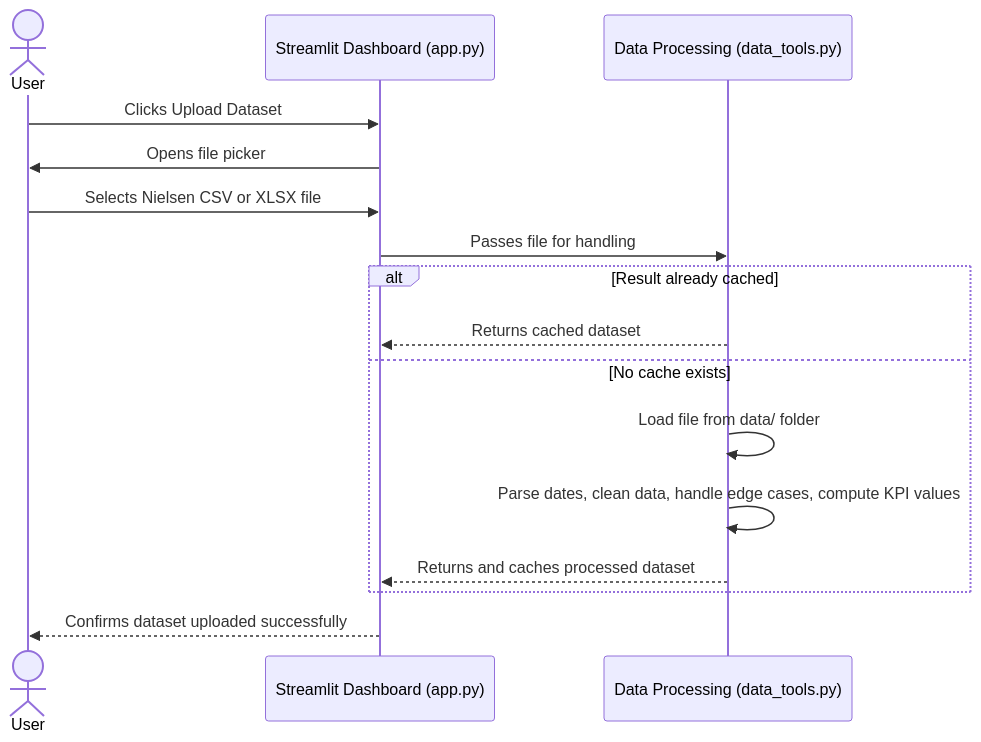
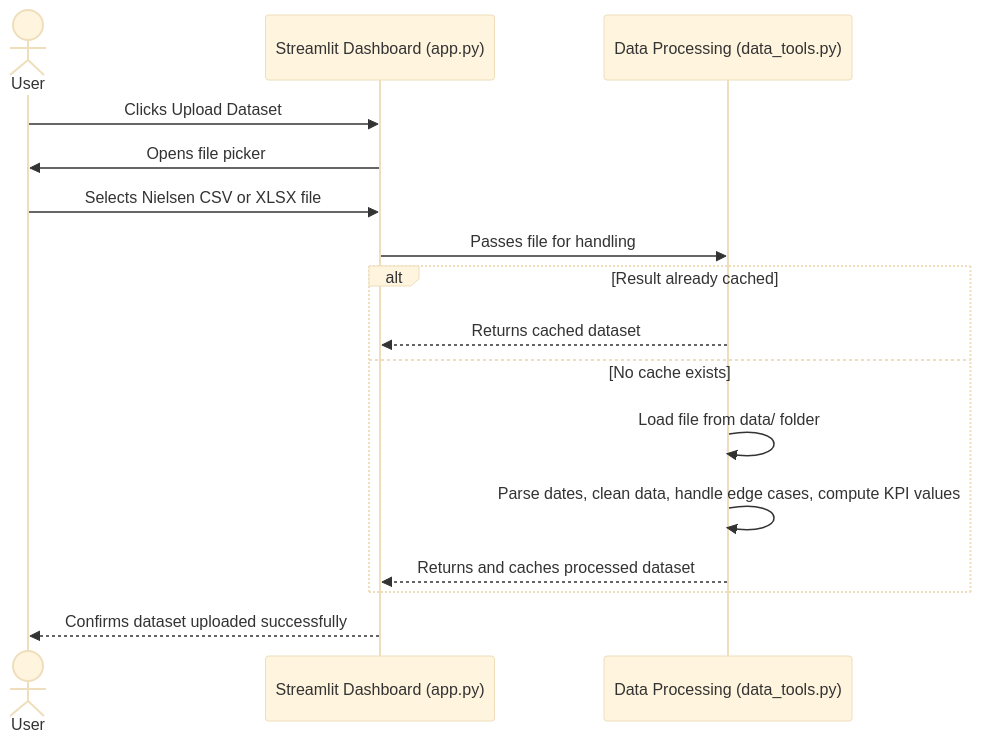
Before and after one commit to tt1m/baseline-sales-modelling-report: the first of 4 diagrams in docs/system-design.md, drawn with Mermaid. The commit also changed other lines of this file, not shown here.

````diff
--- a/docs/system-design.md
+++ b/docs/system-design.md
@@ -69,19 +78,21 @@
 ```mermaid
+%%{init: {'theme': 'base', 'themeVariables': {'fontSize': '18px', 'nodePadding': 20, 'spacing': 50}}}%%
+
 sequenceDiagram
     actor User
     participant Dashboard as Streamlit Dashboard (app.py)
     participant DataTools as Data Processing (data_tools.py)
 
     User->>Dashboard: Clicks Upload Dataset
     Dashboard->>User: Opens file picker
     User->>Dashboard: Selects Nielsen CSV or XLSX file
     Dashboard->>DataTools: Passes file for handling
     alt Result already cached
         DataTools-->>Dashboard: Returns cached dataset
     else No cache exists
         DataTools->>DataTools: Load file from data/ folder
         DataTools->>DataTools: Parse dates, clean data, handle edge cases, compute KPI values
         DataTools-->>Dashboard: Returns and caches processed dataset
     end
     Dashboard-->>User: Confirms dataset uploaded successfully
 ```
````
